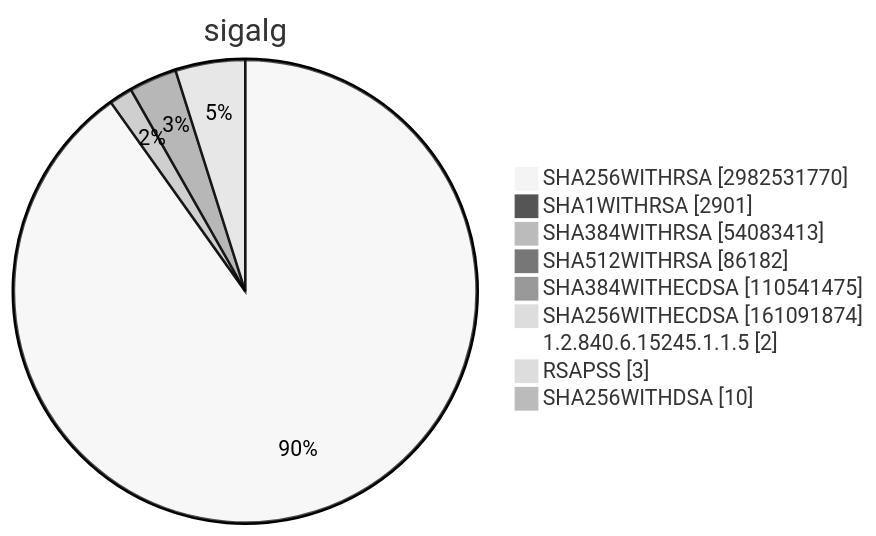
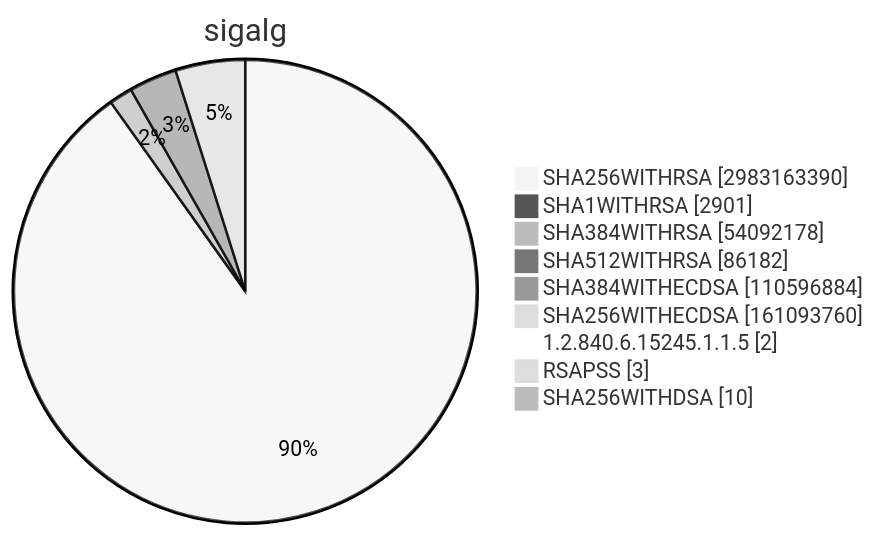
Before and after one commit to christiankrug/ctmonitor_visualization: diagram 15 of 15 in TOTAL/README.md, drawn with Mermaid (neutral theme). The commit also changed other lines of this file, not shown here.

````diff
--- a/TOTAL/README.md
+++ b/TOTAL/README.md
@@ -6208,13 +6208,13 @@
 ```mermaid
 pie showData
 title sigalg
-"SHA256WITHRSA" :2982531770
+"SHA256WITHRSA" :2983163390
 "SHA1WITHRSA" :2901
-"SHA384WITHRSA" :54083413
+"SHA384WITHRSA" :54092178
 "SHA512WITHRSA" :86182
-"SHA384WITHECDSA" :110541475
-"SHA256WITHECDSA" :161091874
+"SHA384WITHECDSA" :110596884
+"SHA256WITHECDSA" :161093760
 "1.2.840.6.15245.1.1.5" :2
 "RSAPSS" :3
 "SHA256WITHDSA" :10
 ```
````
